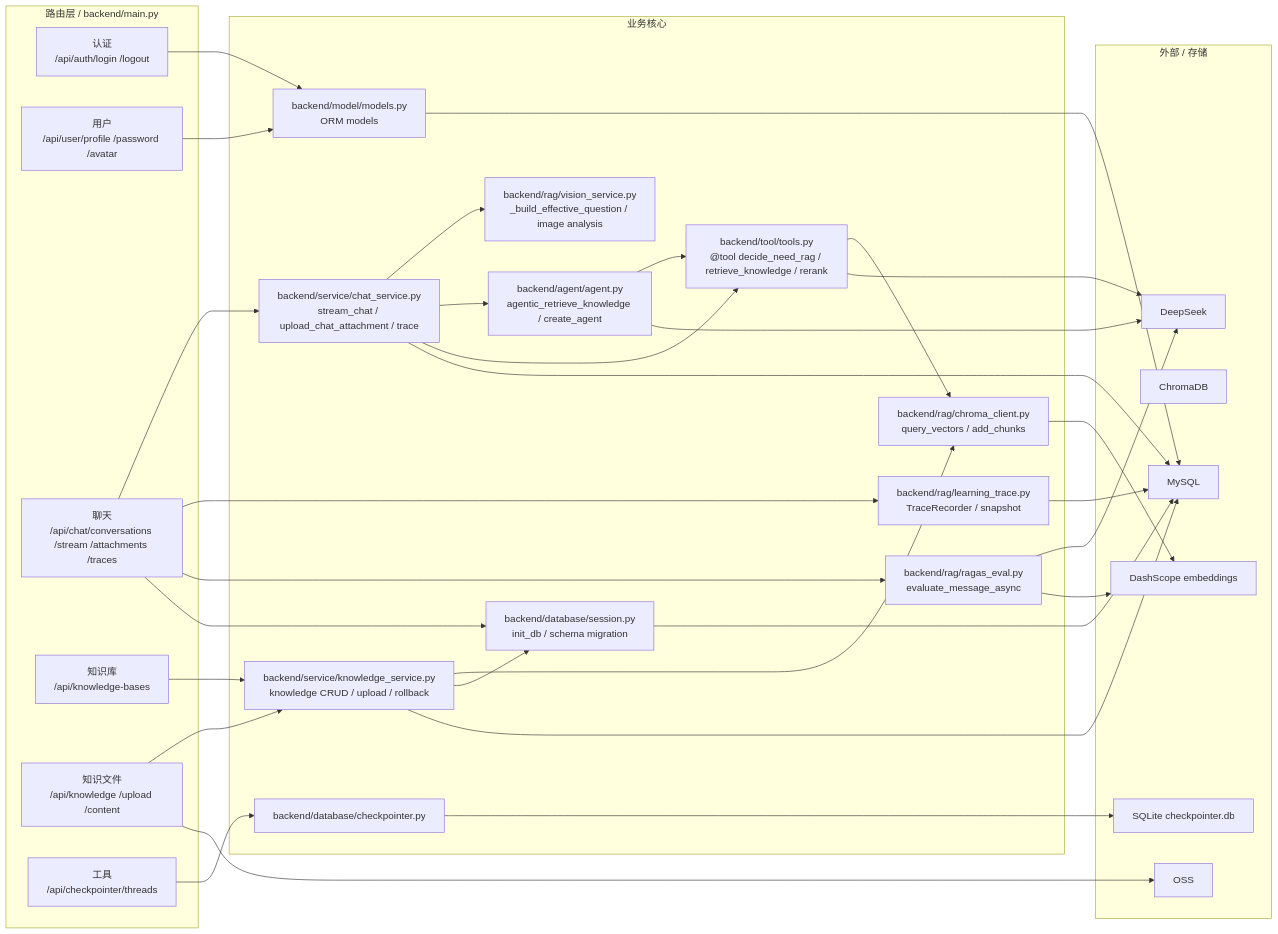
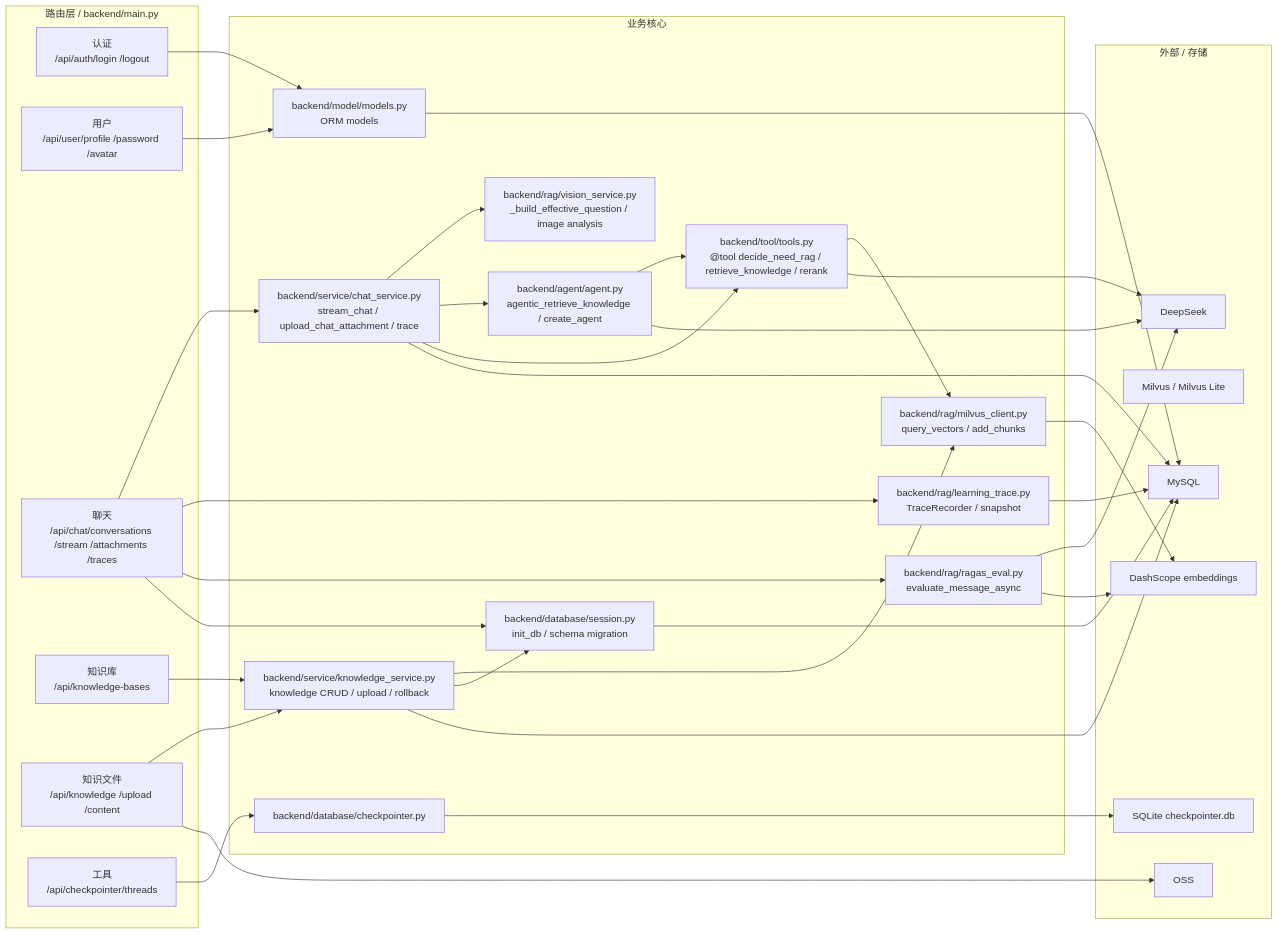
The third of 8 diagrams in docs/PROJECT_ARCHITECTURE_FULL.md (baiye-banned/Agent_about_answer), drawn with Mermaid before and after one commit. The commit also changed other lines of this file and 83 other files, not shown here.

````diff
--- a/docs/PROJECT_ARCHITECTURE_FULL.md
+++ b/docs/PROJECT_ARCHITECTURE_FULL.md
@@ -166,64 +165,64 @@
 ```mermaid
 flowchart LR
   subgraph Routes["路由层 / backend/main.py"]
     Auth["认证<br/>/api/auth/login /logout"]
     User["用户<br/>/api/user/profile /password /avatar"]
     Chat["聊天<br/>/api/chat/conversations /stream /attachments /traces"]
     KB["知识库<br/>/api/knowledge-bases"]
     Files["知识文件<br/>/api/knowledge /upload /content"]
     Tools["工具<br/>/api/checkpointer/threads"]
   end
 
   subgraph Core["业务核心"]
     DB["backend/database/session.py<br/>init_db / schema migration"]
     Models["backend/model/models.py<br/>ORM models"]
     ChatSvc["backend/service/chat_service.py<br/>stream_chat / upload_chat_attachment / trace"]
     KnowledgeSvc["backend/service/knowledge_service.py<br/>knowledge CRUD / upload / rollback"]
     VisionSvc["backend/rag/vision_service.py<br/>_build_effective_question / image analysis"]
     LangChainAgent["backend/agent/agent.py<br/>agentic_retrieve_knowledge / create_agent"]
     Tool["backend/tool/tools.py<br/>@tool decide_need_rag / retrieve_knowledge / rerank"]
-    Chroma["backend/rag/chroma_client.py<br/>query_vectors / add_chunks"]
+    MilvusClient["backend/rag/milvus_client.py<br/>query_vectors / add_chunks"]
     Trace["backend/rag/learning_trace.py<br/>TraceRecorder / snapshot"]
     Ragas["backend/rag/ragas_eval.py<br/>evaluate_message_async"]
     Checkpointer["backend/database/checkpointer.py"]
   end
 
   subgraph Services["外部 / 存储"]
     MySQL["MySQL"]
-    ChromaDB["ChromaDB"]
+    Milvus["Milvus / Milvus Lite"]
     OSS["OSS"]
     DeepSeek["DeepSeek"]
     DashScope["DashScope embeddings"]
     SQLite["SQLite checkpointer.db"]
   end
 
   Auth --> Models
   User --> Models
   Chat --> ChatSvc
   KB --> KnowledgeSvc
   Files --> KnowledgeSvc
   ChatSvc --> VisionSvc
   ChatSvc --> LangChainAgent
   ChatSvc --> Tool
-  KnowledgeSvc --> Chroma
+  KnowledgeSvc --> MilvusClient
   KnowledgeSvc --> DB
   LangChainAgent --> Tool
-  Tool --> Chroma
+  Tool --> MilvusClient
   Chat --> Trace
   Chat --> Ragas
   Chat --> DB
   Tools --> Checkpointer
 
   DB --> MySQL
   Models --> MySQL
   ChatSvc --> MySQL
   KnowledgeSvc --> MySQL
   Tool --> DeepSeek
   LangChainAgent --> DeepSeek
-  Chroma --> DashScope
+  MilvusClient --> DashScope
   Trace --> MySQL
   Ragas --> DeepSeek
   Ragas --> DashScope
   Checkpointer --> SQLite
   Files --> OSS
 ```
````
